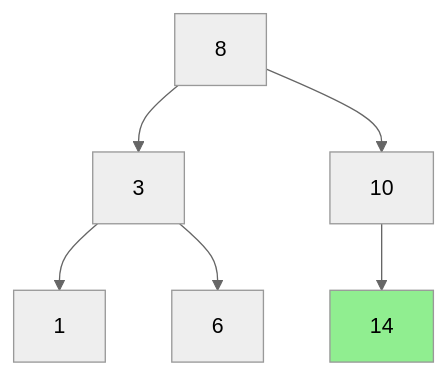
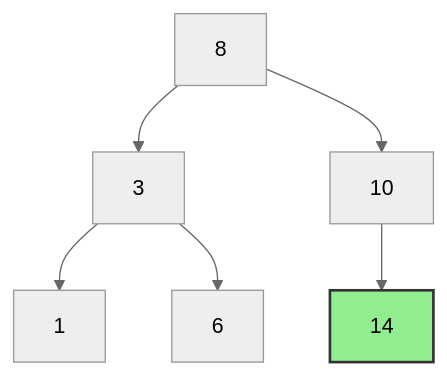
One commit to PanagopoulosNikolaos/DitOpenNotes changed diagram 13 of 43 in Year_2/Semester_3/DSA_DATA_STRUCTURES_ALGORITHMS/Lectures/Binary_Trees.md. Above: the diagram before and after it, drawn with Mermaid (neutral theme). The commit also changed other lines of this file and 4 other files, not shown here.

````diff
--- a/Year_2/Semester_3/DSA_DATA_STRUCTURES_ALGORITHMS/Lectures/Binary_Trees.md
+++ b/Year_2/Semester_3/DSA_DATA_STRUCTURES_ALGORITHMS/Lectures/Binary_Trees.md
@@ -304,9 +304,9 @@
 ```mermaid
 graph TD
     A[8] --> B[3]
     A --> C[10]
     B --> D[1]
     B --> E[6]
     C --> F[14]
-    style F fill:#90EE90
+    style F fill:#90EE90,stroke:#333,stroke-width:2px,color:black
 ```
````
